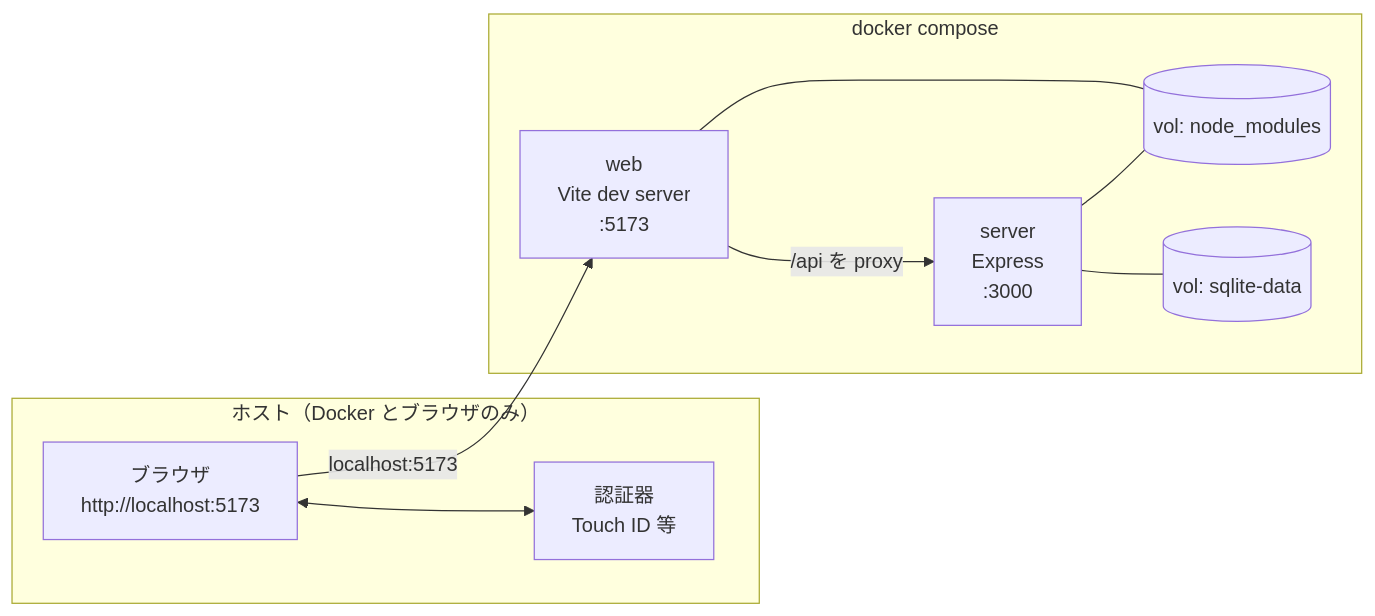
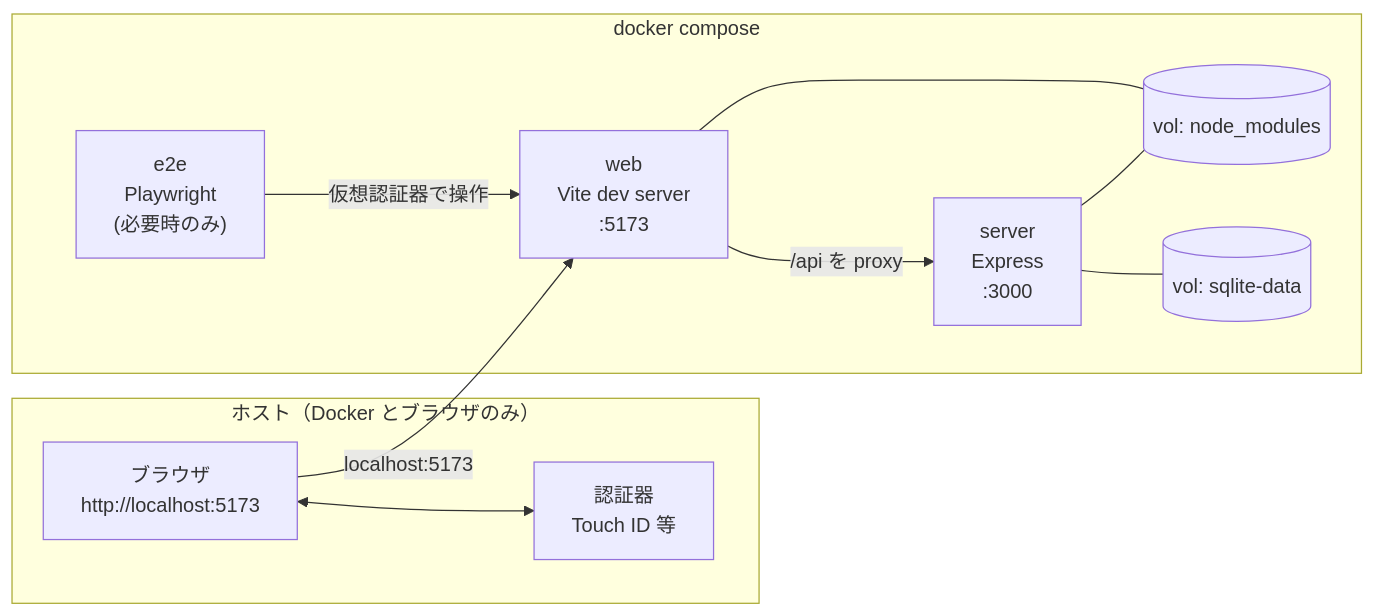
The second of 6 diagrams in docs/01-architecture-proposal-poc.md (KazusaNakagawa/try-pass-key), drawn with Mermaid before and after one commit. The commit also changed other lines of this file and 3 other files, not shown here.

````diff
--- a/docs/01-architecture-proposal-poc.md
+++ b/docs/01-architecture-proposal-poc.md
@@ -114,19 +116,21 @@
 ```mermaid
 flowchart LR
   subgraph Host["ホスト（Docker とブラウザのみ）"]
     BR["ブラウザ<br/>http://localhost:5173"]
     TID["認証器<br/>Touch ID 等"]
   end
   subgraph Compose["docker compose"]
     WEB["web<br/>Vite dev server<br/>:5173"]
     SRV["server<br/>Express<br/>:3000"]
+    E2E["e2e<br/>Playwright<br/>(必要時のみ)"]
     VOL1[("vol: node_modules")]
     VOL2[("vol: sqlite-data")]
   end
   BR <--> TID
   BR -->|"localhost:5173"| WEB
   WEB -->|"/api を proxy"| SRV
   SRV --- VOL2
   WEB --- VOL1
   SRV --- VOL1
+  E2E -->|"仮想認証器で操作"| WEB
 ```
````
